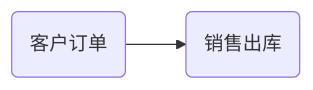
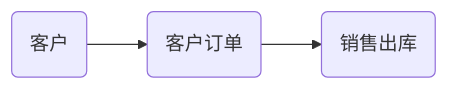
Before and after one commit to Sakura0213/OCQDocument: the third of 4 diagrams in 进销存说明.md, drawn with Mermaid. The commit also changed other lines of this file and 1 other file, not shown here.

````diff
--- a/进销存说明.md
+++ b/进销存说明.md
@@ -43,4 +37,4 @@
 ```mermaid
 graph LR
-A(客户订单)-->B(销售出库)
+D(客户)-->A(客户订单)-->B(销售出库)
 ```
````
